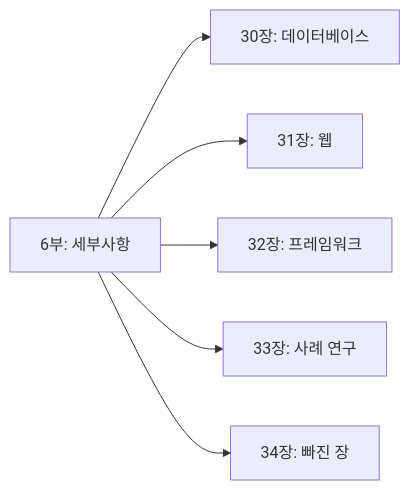
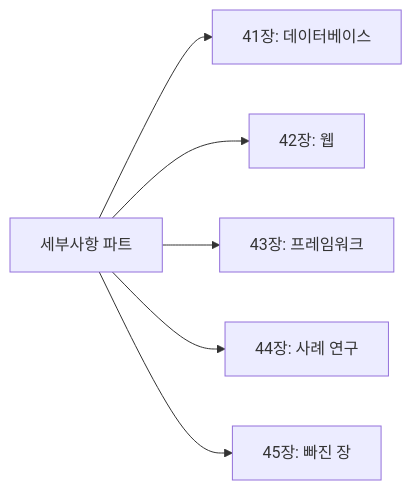
Before and after one commit to 42jerrykim/42jerrykim.github.io: the sixth of 7 diagrams in content/collection/cleanarchitecture/40-details-introduction-interchangeable-parts/index.md, drawn with Mermaid. The commit also changed other lines of this file, not shown here.

First line of the commit message:
fix: 40장 세부사항 서론 챕터 컴파일 가능 코드·인용 검증·닫는절 보강

````diff
--- a/content/collection/cleanarchitecture/40-details-introduction-interchangeable-parts/index.md
+++ b/content/collection/cleanarchitecture/40-details-introduction-interchangeable-parts/index.md
@@ -304,8 +426,8 @@
 ```mermaid
 flowchart LR
-    P6[6부: 세부사항] --> C30[30장: 데이터베이스]
-    P6 --> C31[31장: 웹]
-    P6 --> C32[32장: 프레임워크]
-    P6 --> C33[33장: 사례 연구]
-    P6 --> C34[34장: 빠진 장]
+    P6[세부사항 파트] --> C41[41장: 데이터베이스]
+    P6 --> C42[42장: 웹]
+    P6 --> C43[43장: 프레임워크]
+    P6 --> C44[44장: 사례 연구]
+    P6 --> C45[45장: 빠진 장]
 ```
````
